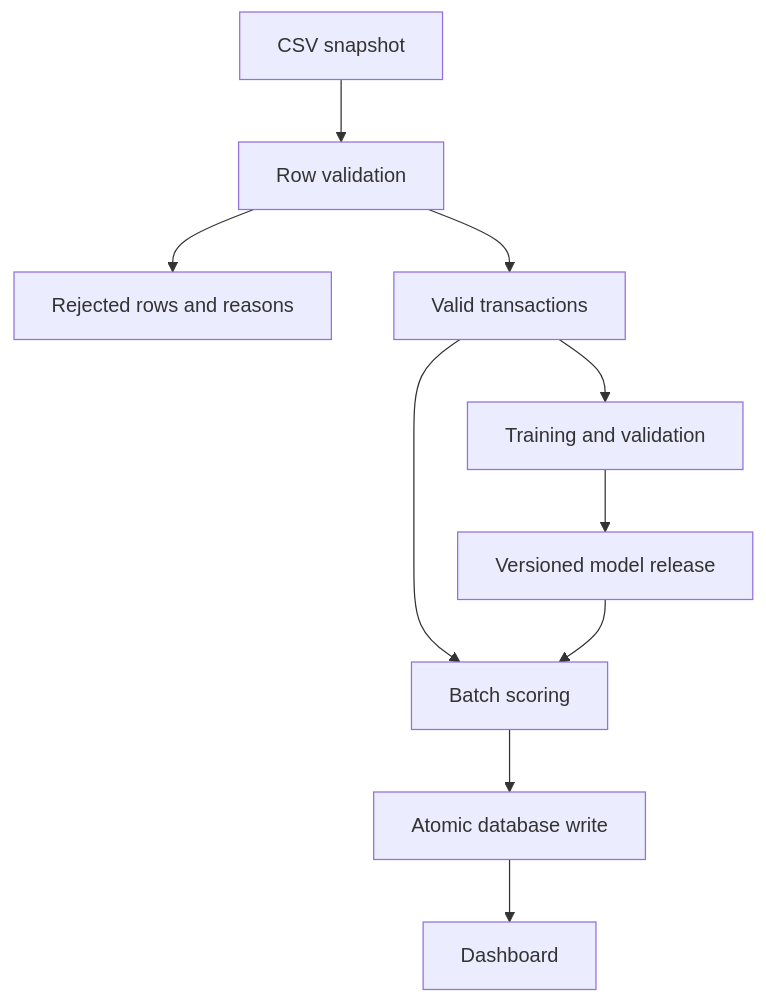
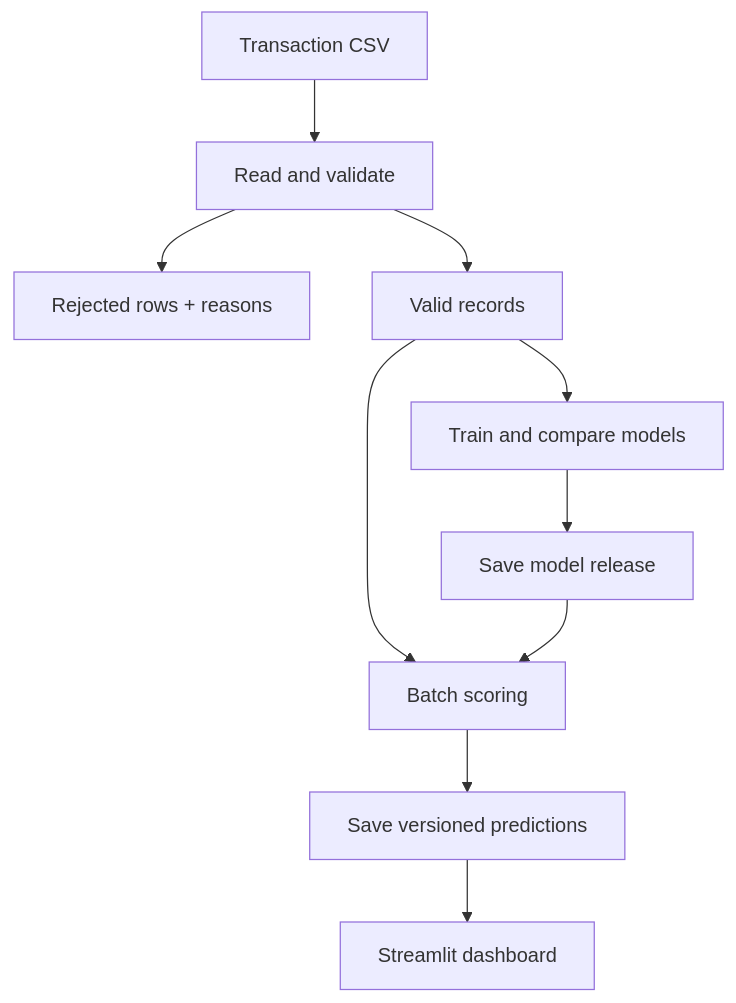
One commit to Szin7/Credit-card-fraud-detection-FraudLens- changed the diagram in README.md. Above: the diagram before and after it, drawn with Mermaid. The commit also changed other lines of this file and 9 other files, not shown here.

````diff
--- a/README.md
+++ b/README.md
@@ -51,12 +23,12 @@
 ```mermaid
 flowchart TD
-  A[CSV snapshot] --> B[Row validation]
-  B --> C[Rejected rows and reasons]
-  B --> D[Valid transactions]
-  D --> E[Training and validation]
-  E --> F[Versioned model release]
-  D --> G[Batch scoring]
-  F --> G
-  G --> H[Atomic database write]
-  H --> I[Dashboard]
+    A[Transaction CSV] --> B[Read and validate]
+    B --> C[Rejected rows + reasons]
+    B --> D[Valid records]
+    D --> E[Train and compare models]
+    E --> F[Save model release]
+    D --> G[Batch scoring]
+    F --> G
+    G --> H[Save versioned predictions]
+    H --> I[Streamlit dashboard]
 ```
````
